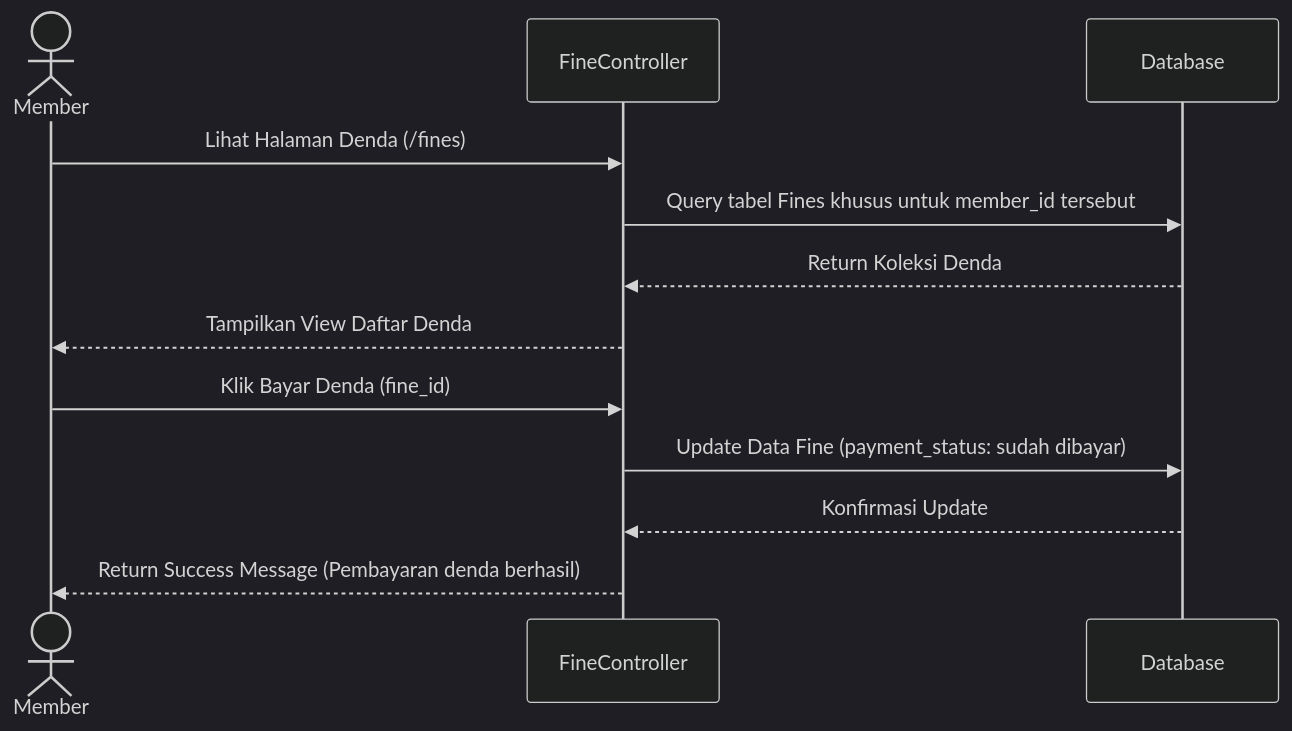
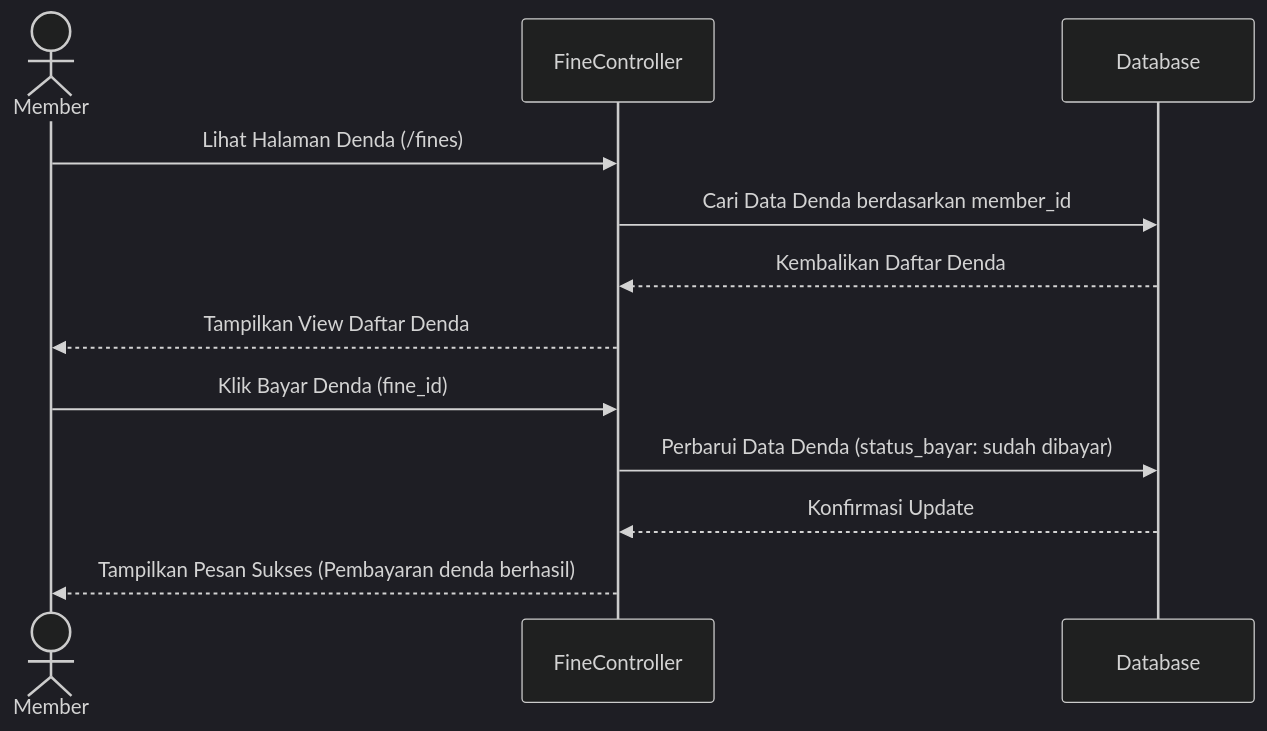
Before and after one commit to 25091397085-stack/rpl-perpustakaan: the fifth of 9 diagrams in documentation.md, drawn with Mermaid (dark theme). The commit also changed other lines of this file, not shown here.

Commit message:
sequence

````diff
--- a/documentation.md
+++ b/documentation.md
@@ -145,16 +145,16 @@
 ```mermaid
 sequenceDiagram
     actor Member
     participant Controller as FineController
     participant DB as Database
 
     Member->>Controller: Lihat Halaman Denda (/fines)
-    Controller->>DB: Query tabel Fines khusus untuk member_id tersebut
-    DB-->>Controller: Return Koleksi Denda
+    Controller->>DB: Cari Data Denda berdasarkan member_id
+    DB-->>Controller: Kembalikan Daftar Denda
     Controller-->>Member: Tampilkan View Daftar Denda
     
     Member->>Controller: Klik Bayar Denda (fine_id)
-    Controller->>DB: Update Data Fine (payment_status: sudah dibayar)
+    Controller->>DB: Perbarui Data Denda (status_bayar: sudah dibayar)
     DB-->>Controller: Konfirmasi Update
-    Controller-->>Member: Return Success Message (Pembayaran denda berhasil)
+    Controller-->>Member: Tampilkan Pesan Sukses (Pembayaran denda berhasil)
 ```
````
